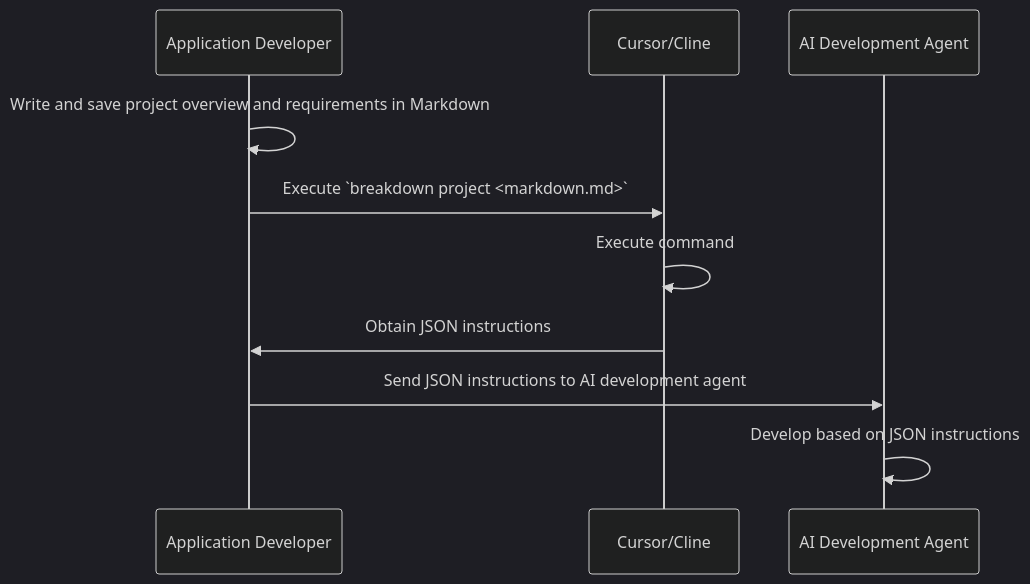
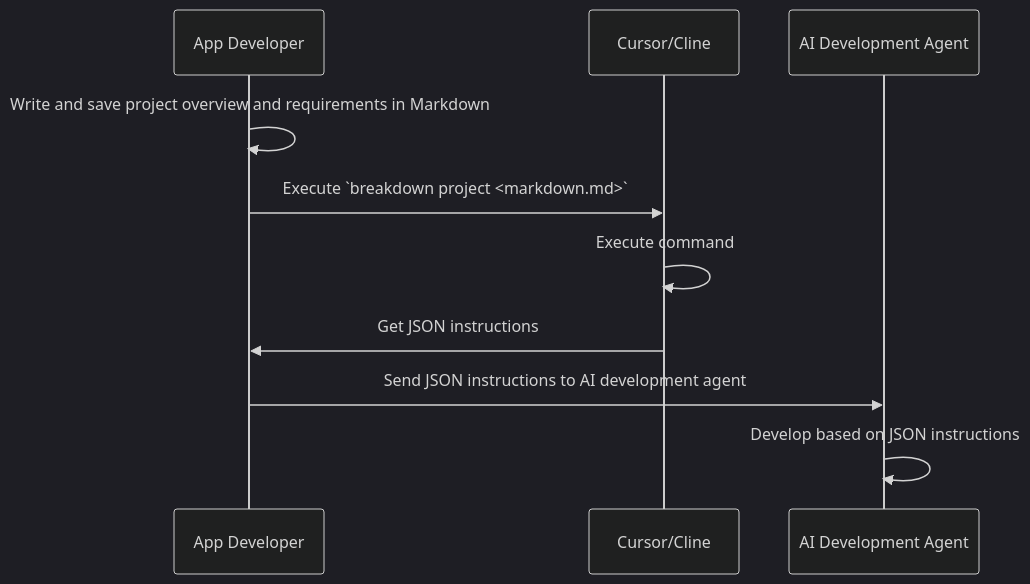
Before and after one commit to tettuan/breakdown: the diagram in README.md, drawn with Mermaid (dark theme). The commit also changed other lines of this file and 1 other file, not shown here.

````diff
--- a/README.md
+++ b/README.md
@@ -34,17 +34,17 @@
 ```mermaid
 sequenceDiagram
-    participant Developer as Application Developer
+    participant Developer as App Developer
     participant CursorCline as Cursor/Cline
     participant AI as AI Development Agent
 
     Developer->>Developer: Write and save project overview and requirements in Markdown
 
     Developer->>CursorCline: Execute `breakdown project <markdown.md>`
     CursorCline->>CursorCline: Execute command
 
-    CursorCline->>Developer: Obtain JSON instructions
+    CursorCline->>Developer: Get JSON instructions
 
     Developer->>AI: Send JSON instructions to AI development agent
     AI->>AI: Develop based on JSON instructions
 
 ```
````
